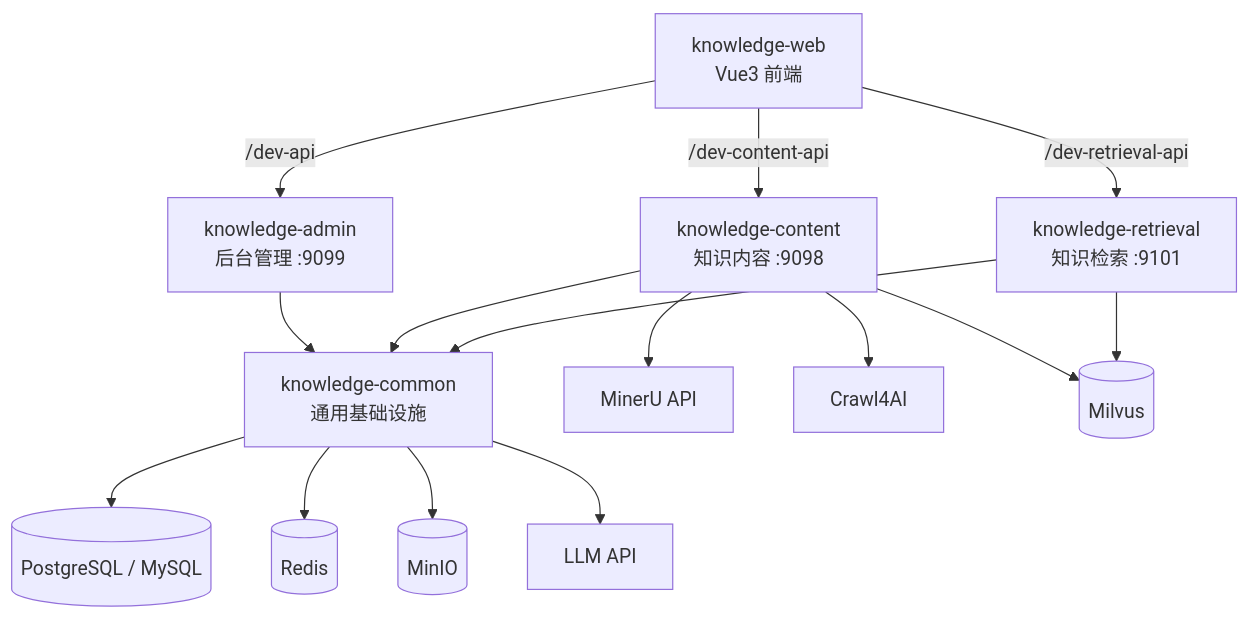
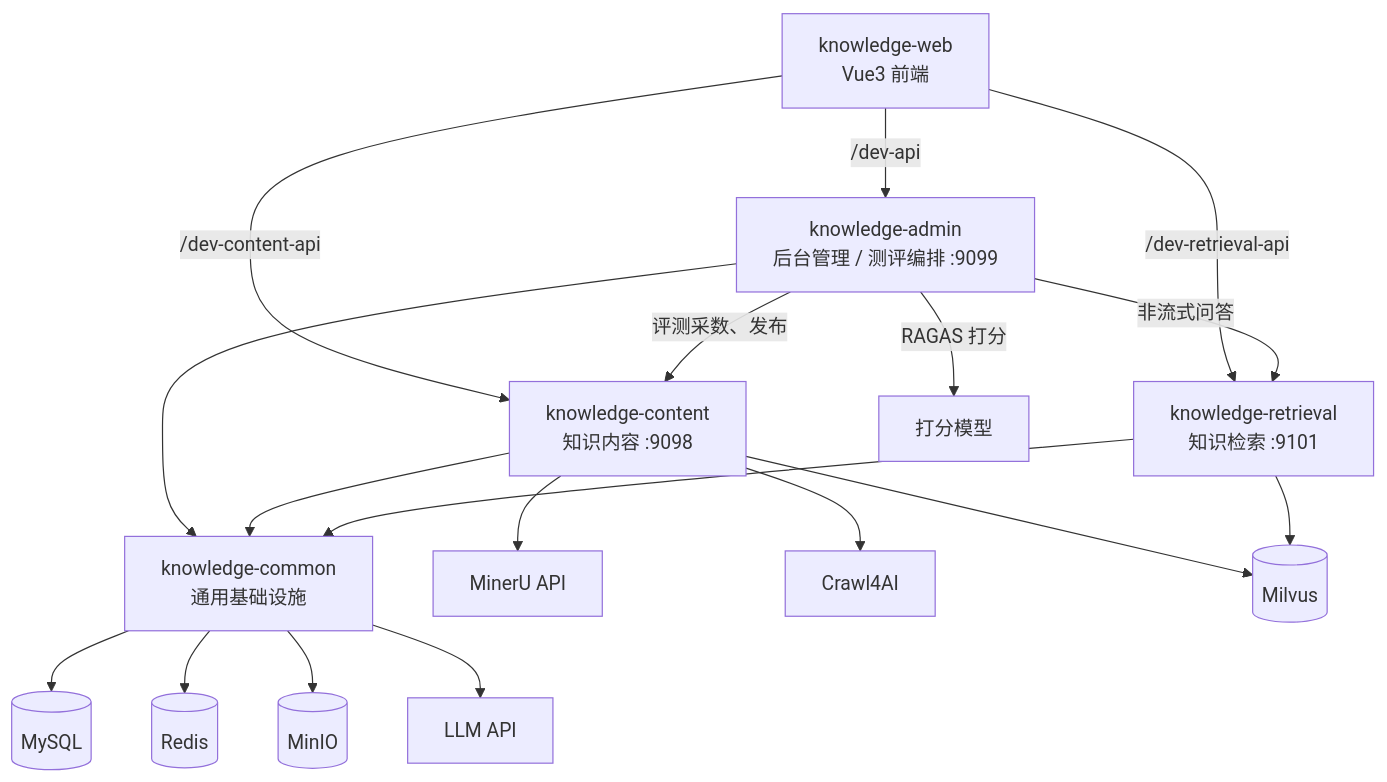
The first of 4 diagrams in docs/系统架构/系统架构总览.md (jiangwch03/knowledge), drawn with Mermaid before and after one commit. The commit also changed other lines of this file and 10 other files, not shown here.

First line of the commit message:
docs: 补充测评与主题的功能说明和演示图

````diff
--- a/docs/系统架构/系统架构总览.md
+++ b/docs/系统架构/系统架构总览.md
@@ -11,18 +11,21 @@
 ```mermaid
 graph TB
     Web["knowledge-web<br/>Vue3 前端"] -->|"/dev-api"| Admin
     Web -->|"/dev-content-api"| Content
     Web -->|"/dev-retrieval-api"| Retrieval
-    Admin["knowledge-admin<br/>后台管理 :9099"] --> Common
+    Admin["knowledge-admin<br/>后台管理 / 测评编排 :9099"] --> Common
     Content["knowledge-content<br/>知识内容 :9098"] --> Common
     Retrieval["knowledge-retrieval<br/>知识检索 :9101"] --> Common
+    Admin -->|"评测采数、发布"| Content
+    Admin -->|"非流式问答"| Retrieval
+    Admin -->|"RAGAS 打分"| Judge["打分模型"]
     Common["knowledge-common<br/>通用基础设施"]
-    Common --> DB[(PostgreSQL / MySQL)]
+    Common --> DB[(MySQL)]
     Common --> Redis[(Redis)]
     Common --> MinIO[(MinIO)]
     Common --> LLM["LLM API"]
     Content --> MinerU["MinerU API"]
     Content --> Crawl4AI["Crawl4AI"]
     Content --> Milvus[(Milvus)]
     Retrieval --> Milvus
 ```
````
